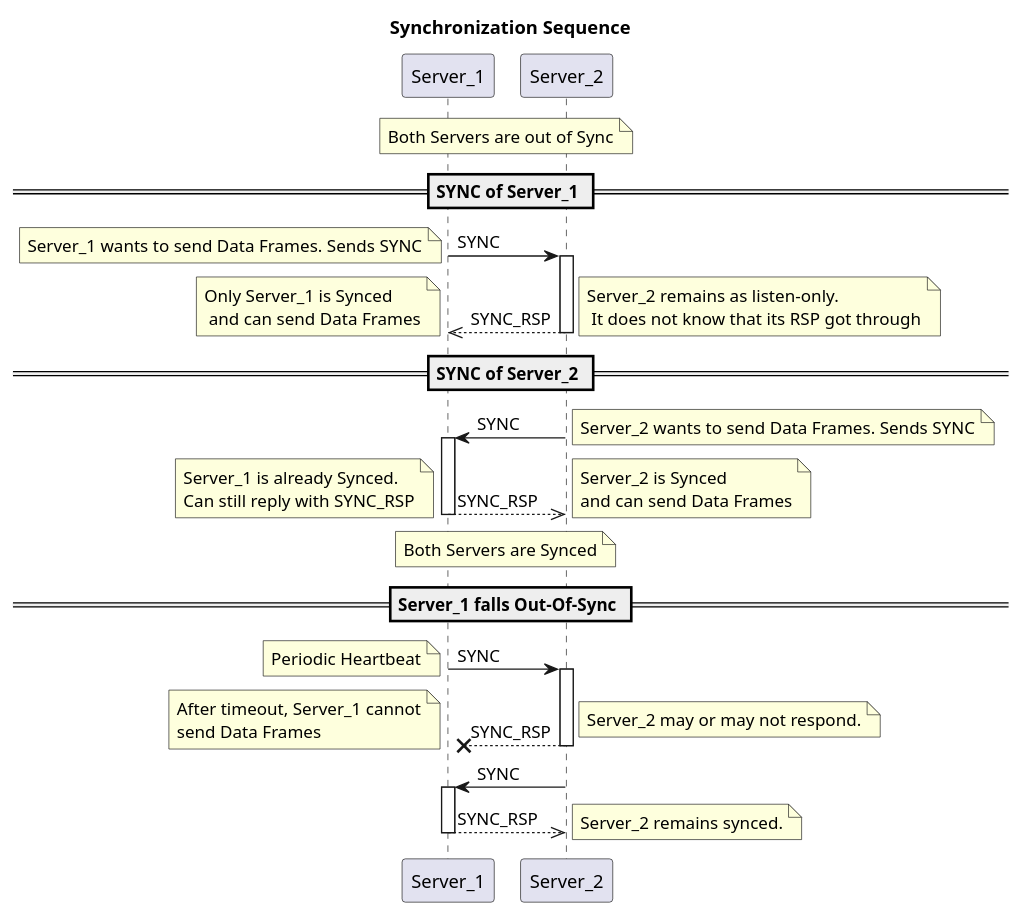
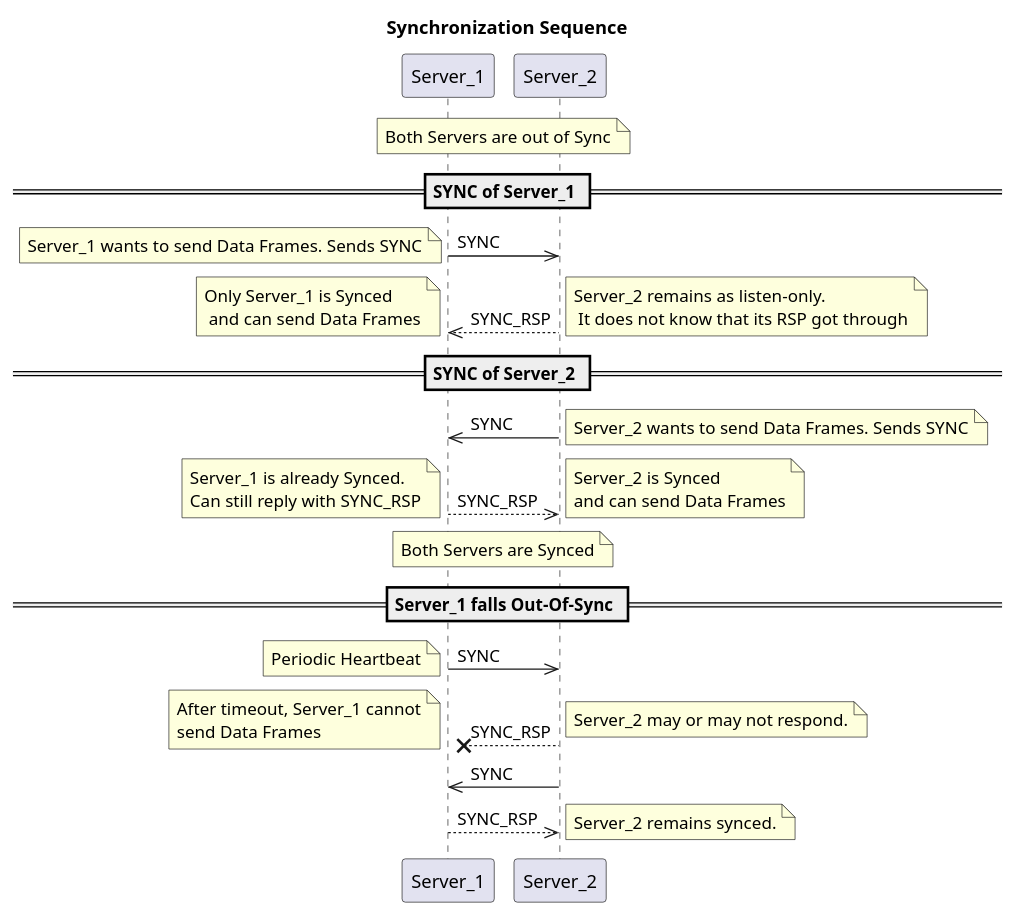
Before and after one commit to BlueAndi/RadonUlzer: the diagram in doc/YAP/SyncSequence.puml, drawn with PlantUML.

Commit message:
Fixed UML Diagram: SYNC should be asynchronous

```diff
--- a/doc/YAP/SyncSequence.puml
+++ b/doc/YAP/SyncSequence.puml
@@ -1,42 +1,40 @@
 @startuml Synchronization Sequence YAPServer
 Title Synchronization Sequence
-autoactivate on
 
 participant Server_1
 participant Server_2
 
 note across: Both Servers are out of Sync
 == SYNC of Server_1 ==
 
-Server_1 -> Server_2 : SYNC
+Server_1 ->> Server_2 : SYNC
 note left: Server_1 wants to send Data Frames. Sends SYNC
 
 Server_2 -->> Server_1 : SYNC_RSP
 note left: Only Server_1 is Synced\n and can send Data Frames
 note right: Server_2 remains as listen-only.\n It does not know that its RSP got through
 
 == SYNC of Server_2 ==
 
-Server_2 -> Server_1 : SYNC
+Server_2 ->> Server_1 : SYNC
 note right: Server_2 wants to send Data Frames. Sends SYNC
 
 Server_1 -->> Server_2 : SYNC_RSP
 note left: Server_1 is already Synced.\nCan still reply with SYNC_RSP
 note right: Server_2 is Synced\nand can send Data Frames
 
 note across: Both Servers are Synced
 
 == Server_1 falls Out-Of-Sync ==
-Server_1 -> Server_2 : SYNC
+Server_1 ->> Server_2 : SYNC
 note left: Periodic Heartbeat
 
 Server_2 --x Server_1 : SYNC_RSP
-deactivate
 note right: Server_2 may or may not respond.
 note left: After timeout, Server_1 cannot\nsend Data Frames
 
-Server_2 -> Server_1 : SYNC
+Server_2 ->> Server_1 : SYNC
 Server_1 -->> Server_2 : SYNC_RSP
 note right: Server_2 remains synced.
 
 @enduml
```
